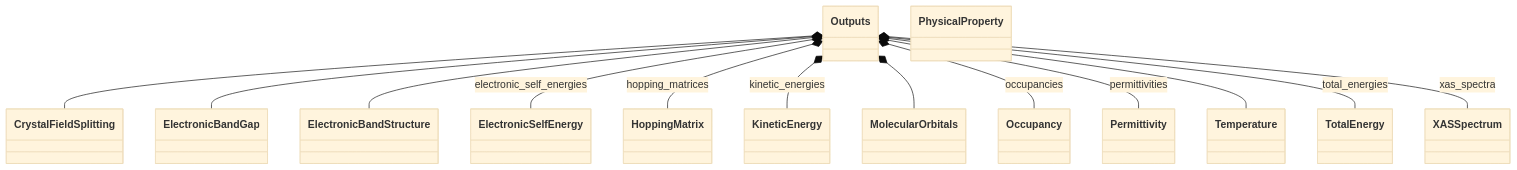
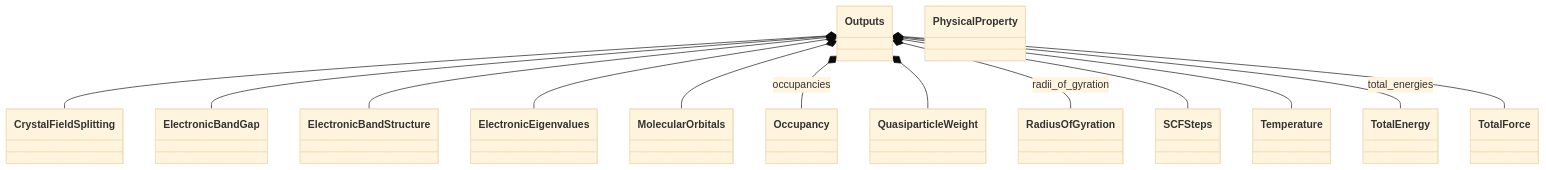
Before and after one commit to FAIRmat-NFDI/nomad-simulations: the first of 2 diagrams in docs/schema/outputs.diagram.md, drawn with Mermaid (base theme).

````diff
--- a/docs/schema/outputs.diagram.md
+++ b/docs/schema/outputs.diagram.md
@@ -14,43 +14,43 @@
 ```mermaid
 classDiagram
     class CrystalFieldSplitting {
     }
     class ElectronicBandGap {
     }
     class ElectronicBandStructure {
     }
-    class ElectronicSelfEnergy {
-    }
-    class HoppingMatrix {
-    }
-    class KineticEnergy {
+    class ElectronicEigenvalues {
     }
     class MolecularOrbitals {
     }
     class Occupancy {
     }
     class Outputs {
     }
-    class Permittivity {
+    class PhysicalProperty {
     }
-    class PhysicalProperty {
+    class QuasiparticleWeight {
+    }
+    class RadiusOfGyration {
+    }
+    class SCFSteps {
     }
     class Temperature {
     }
     class TotalEnergy {
     }
-    class XASSpectrum {
+    class TotalForce {
     }
     Outputs *-- CrystalFieldSplitting
     Outputs *-- ElectronicBandGap
     Outputs *-- ElectronicBandStructure
-    Outputs *-- ElectronicSelfEnergy : electronic_self_energies
-    Outputs *-- HoppingMatrix : hopping_matrices
-    Outputs *-- KineticEnergy : kinetic_energies
+    Outputs *-- ElectronicEigenvalues
     Outputs *-- MolecularOrbitals
     Outputs *-- Occupancy : occupancies
-    Outputs *-- Permittivity : permittivities
+    Outputs *-- QuasiparticleWeight
+    Outputs *-- RadiusOfGyration : radii_of_gyration
+    Outputs *-- SCFSteps
     Outputs *-- Temperature
     Outputs *-- TotalEnergy : total_energies
-    Outputs *-- XASSpectrum : xas_spectra
+    Outputs *-- TotalForce
 ```
````
